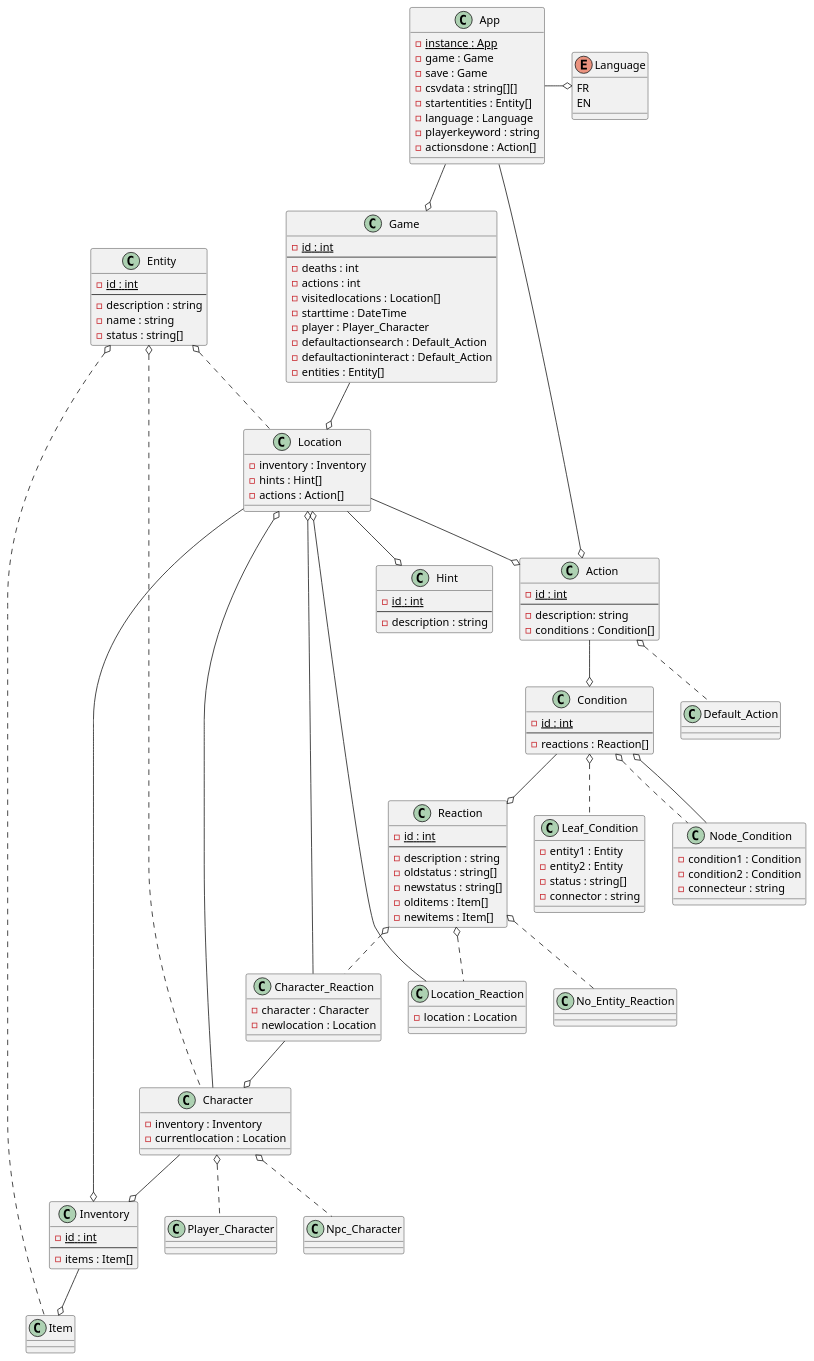
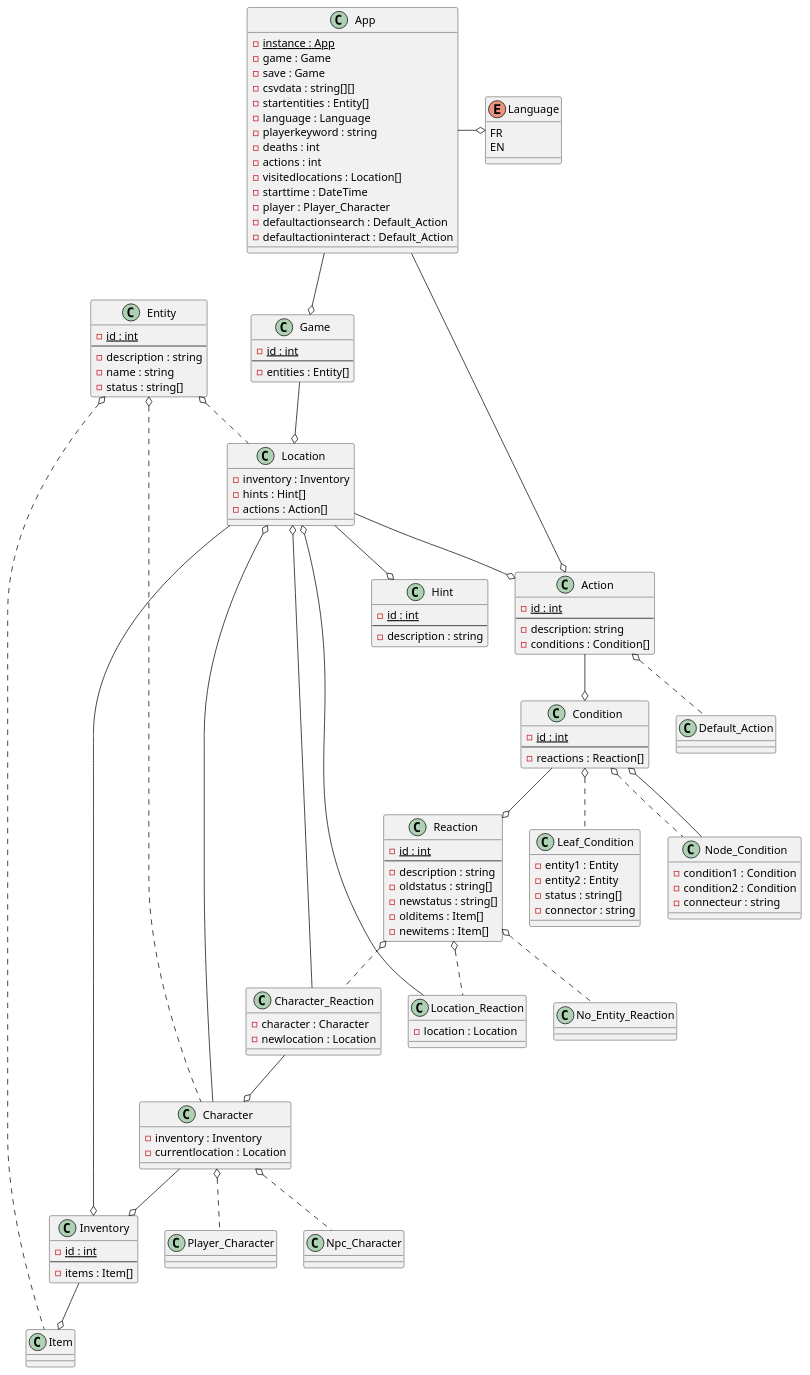
Before and after one commit to Serious-game-textuel/doc: the third of 3 diagrams in UML.md, drawn with PlantUML.

Commit message:
modif uml

```diff
--- a/UML.md
+++ b/UML.md
@@ -57,7 +57,13 @@
     -startentities : Entity[]
     -language : Language
     -playerkeyword : string
-    -actionsdone : Action[]
+    -deaths : int
+    -actions : int
+    -visitedlocations : Location[]
+    -starttime : DateTime
+    -player : Player_Character
+    -defaultactionsearch : Default_Action
+    -defaultactioninteract : Default_Action
 }
 
 Class Entity {
@@ -71,13 +77,6 @@
 Class Game {
     -{static} id : int
     --
-    -deaths : int
-    -actions : int
-    -visitedlocations : Location[]
-    -starttime : DateTime
-    -player : Player_Character
-    -defaultactionsearch : Default_Action
-    -defaultactioninteract : Default_Action
     -entities : Entity[]
 }
 
```
